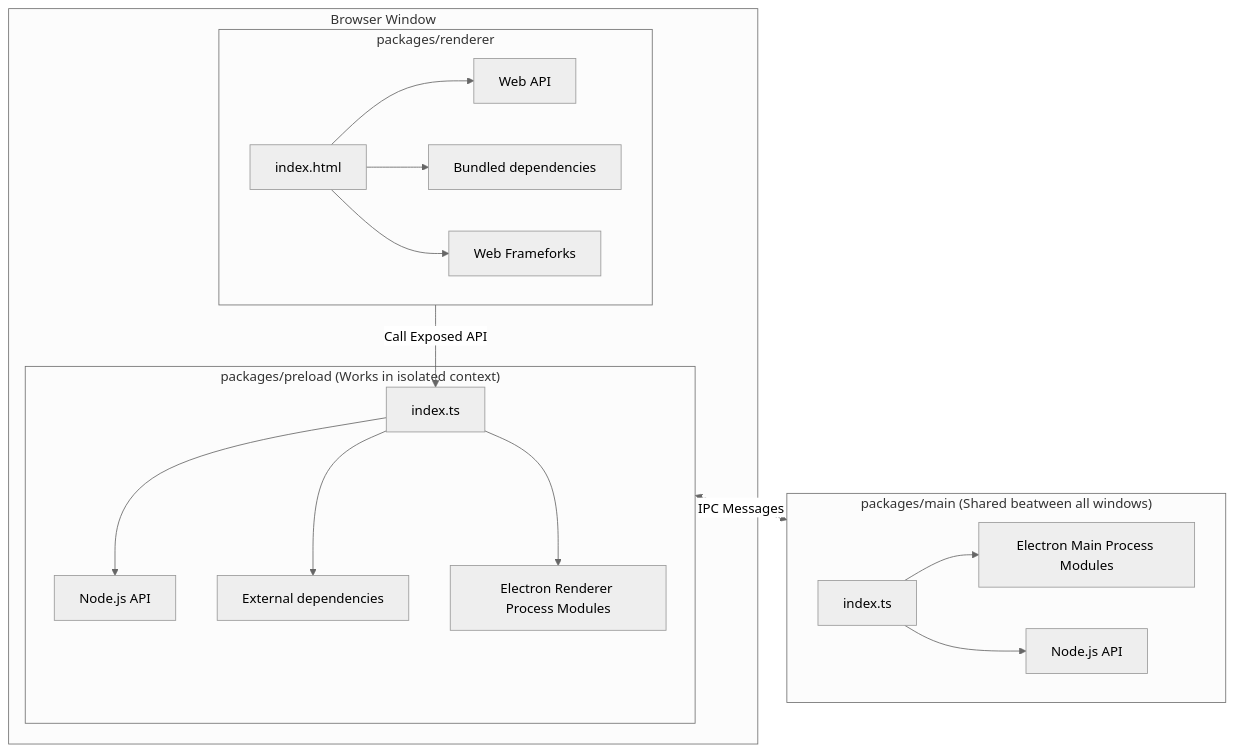
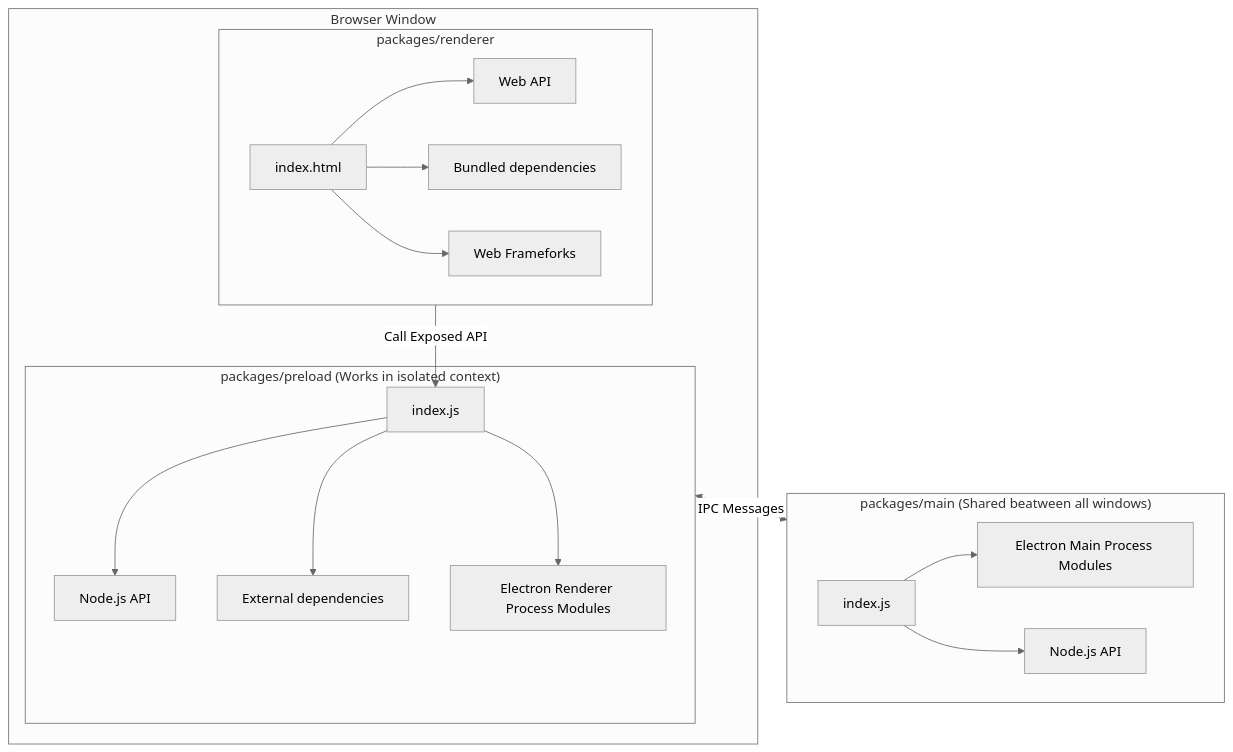
Before and after one commit to cawa-93/auto-update-issue-test: the first of 2 diagrams in README.md, drawn with Mermaid (neutral theme). The commit also changed other lines of this file and 9 other files, not shown here.

````diff
--- a/README.md
+++ b/README.md
@@ -113,27 +113,27 @@
 ```mermaid
 flowchart TB;
 
 packages/preload <-. IPC Messages .-> packages/main
 
     subgraph packages/main["packages/main (Shared beatween all windows)"]
-    M[index.ts] --> EM[Electron Main Process Modules]
+    M[index.js] --> EM[Electron Main Process Modules]
     M --> N2[Node.js API]
     end
 
 subgraph Window["Browser Window"]
     subgraph packages/preload["packages/preload (Works in isolated context)"]
-    P[index.ts] --> N[Node.js API]
+    P[index.js] --> N[Node.js API]
     P --> ED[External dependencies]
     P --> ER[Electron Renderer Process Modules]
     end
 
 
     subgraph packages/renderer
     R[index.html] --> W[Web API]
     R --> BD[Bundled dependencies]
     R --> F[Web Frameforks]
     end
     end
 
 packages/renderer -- Call Exposed API --> P
 ```
````
